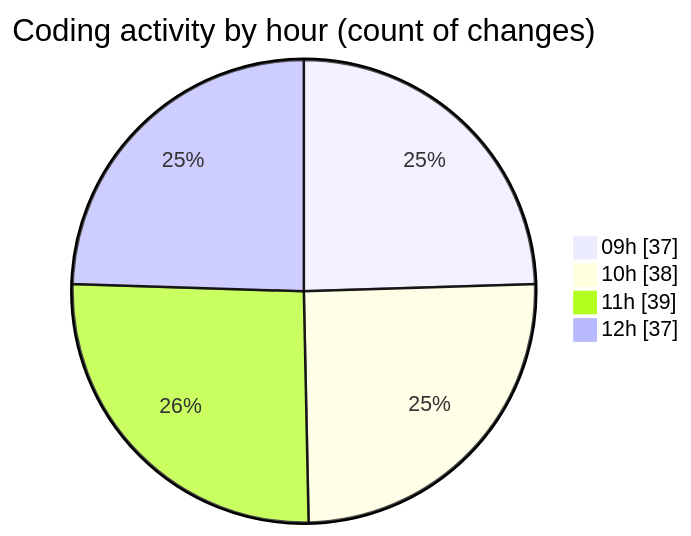
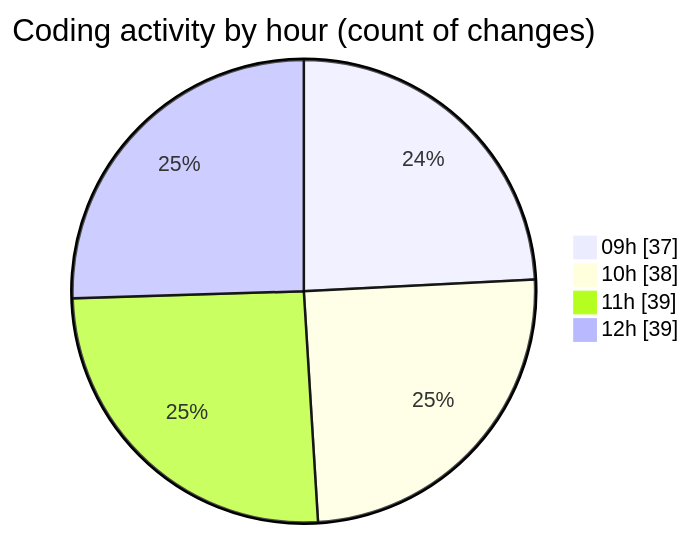
One commit to momahboobian/code-tracking changed the second of 2 diagrams in 2025-02-12/cda/README.md. Above: the diagram before and after it, drawn with Mermaid. The commit also changed other lines of this file and 1 other file, not shown here.

````diff
--- a/2025-02-12/cda/README.md
+++ b/2025-02-12/cda/README.md
@@ -33,8 +33,8 @@
 ```mermaid
 pie showData
 title Coding activity by hour (count of changes)
 "09h" : 37
 "10h" : 38
 "11h" : 39
-"12h" : 37
+"12h" : 39
 ```
````
